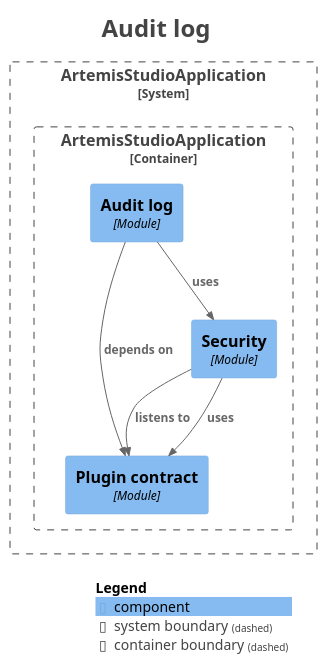
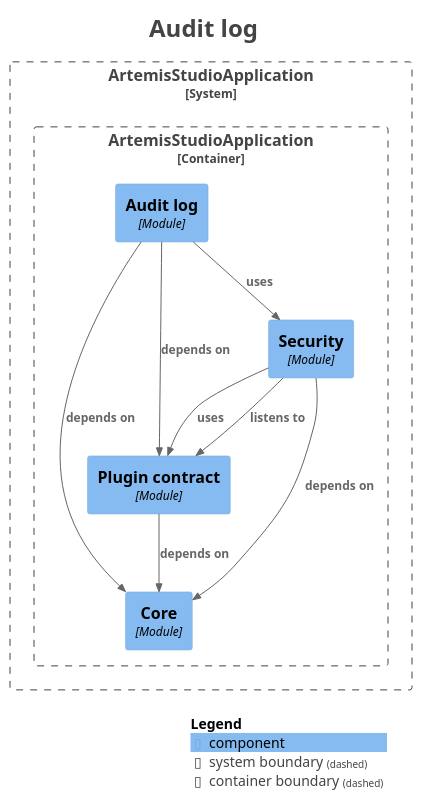
One commit to sudoitir/artemis-studio changed the diagram in docs/modules/module-kernel.audit.puml. Above: the diagram before and after it, drawn with PlantUML. The commit also changed 17 other files, not shown here.

Commit message:
docs(modules): regenerate the module diagrams for the audit log's core dependency

```diff
--- a/docs/modules/module-kernel.audit.puml
+++ b/docs/modules/module-kernel.audit.puml
@@ -1,34 +1,38 @@
 @startuml
 title <size:24>Audit log</size>
 
 set separator none
 top to bottom direction
 
 <style>
   root {
     BackgroundColor: #ffffff
     FontColor: #444444
   }
 </style>
 
 !include <C4/C4>
 !include <C4/C4_Context>
 !include <C4/C4_Component>
 
 System_Boundary("ArtemisStudioApplication_boundary", "ArtemisStudioApplication", $tags="") {
   Container_Boundary("ArtemisStudioApplication.ArtemisStudioApplication_boundary", "ArtemisStudioApplication", $tags="") {
+    Component(ArtemisStudioApplication.ArtemisStudioApplication.Core, "Core", $techn="Module", $descr="", $tags="", $link="")
     Component(ArtemisStudioApplication.ArtemisStudioApplication.Plugincontract, "Plugin contract", $techn="Module", $descr="", $tags="", $link="")
     Component(ArtemisStudioApplication.ArtemisStudioApplication.Security, "Security", $techn="Module", $descr="", $tags="", $link="")
     Component(ArtemisStudioApplication.ArtemisStudioApplication.Auditlog, "Audit log", $techn="Module", $descr="", $tags="", $link="")
   }
 
 }
 
+Rel(ArtemisStudioApplication.ArtemisStudioApplication.Auditlog, ArtemisStudioApplication.ArtemisStudioApplication.Core, "depends on", $techn="", $tags="", $link="")
 Rel(ArtemisStudioApplication.ArtemisStudioApplication.Auditlog, ArtemisStudioApplication.ArtemisStudioApplication.Plugincontract, "depends on", $techn="", $tags="", $link="")
 Rel(ArtemisStudioApplication.ArtemisStudioApplication.Auditlog, ArtemisStudioApplication.ArtemisStudioApplication.Security, "uses", $techn="", $tags="", $link="")
+Rel(ArtemisStudioApplication.ArtemisStudioApplication.Plugincontract, ArtemisStudioApplication.ArtemisStudioApplication.Core, "depends on", $techn="", $tags="", $link="")
+Rel(ArtemisStudioApplication.ArtemisStudioApplication.Security, ArtemisStudioApplication.ArtemisStudioApplication.Core, "depends on", $techn="", $tags="", $link="")
 Rel(ArtemisStudioApplication.ArtemisStudioApplication.Security, ArtemisStudioApplication.ArtemisStudioApplication.Plugincontract, "listens to", $techn="", $tags="", $link="")
 Rel(ArtemisStudioApplication.ArtemisStudioApplication.Security, ArtemisStudioApplication.ArtemisStudioApplication.Plugincontract, "uses", $techn="", $tags="", $link="")
 
 SHOW_LEGEND(true)
 hide stereotypes
 @enduml
```
